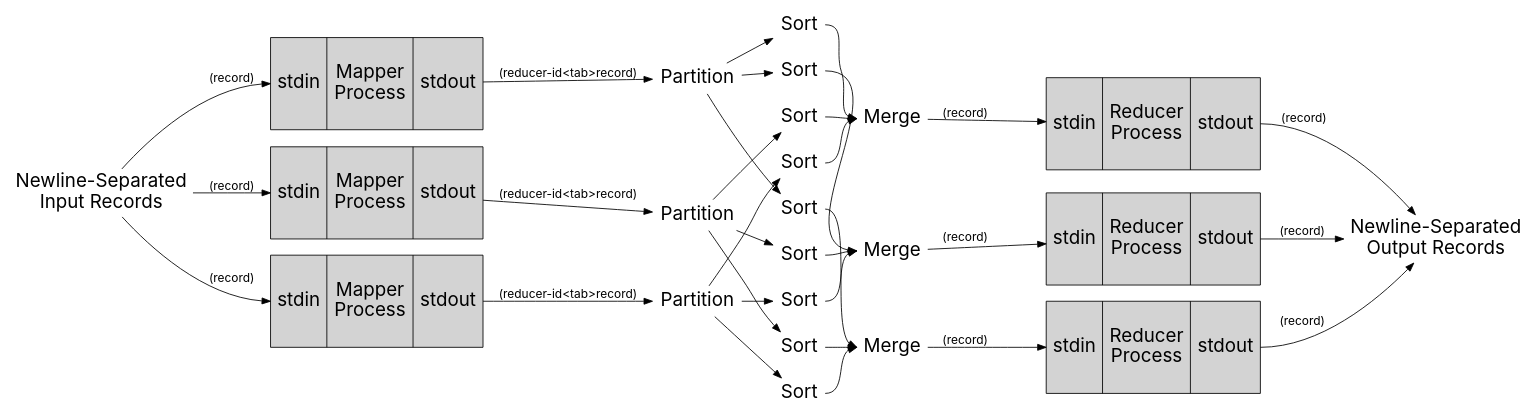
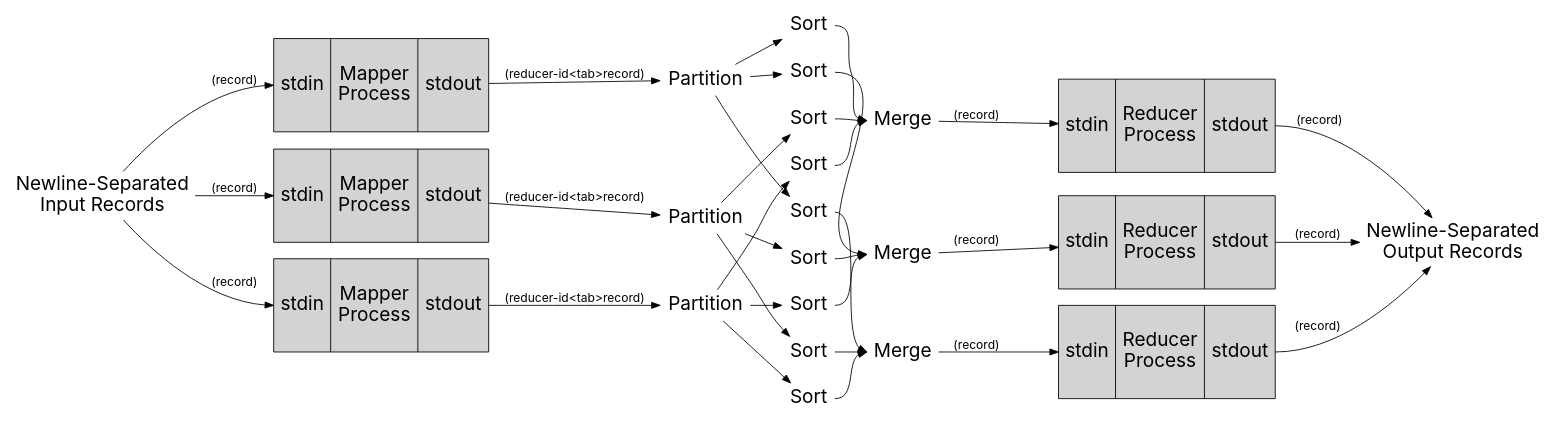
Before and after one commit to erikselin/xert: the diagram in docs/plot.dot, drawn with Graphviz. The commit also changed 1 other file, not shown here.

```diff
--- a/docs/plot.dot
+++ b/docs/plot.dot
@@ -1,67 +1,67 @@
 digraph {
-  graph [ fontname=BlinkMacSystemFont, fontsize=22 ];
+  graph [ margin="0.3,0.3", fontname=BlinkMacSystemFont, fontsize=22 ];
   node [ fontname=BlinkMacSystemFont, fontsize=22 ];
   edge [ fontname=BlinkMacSystemFont, fontsize=14 ];
 
   rankdir=LR;
   input [pos="-4,3!", label="Newline-Separated\nInput Records", shape=plaintext];
 
   map1 [pos="-0.25,0.75!", label="{stdin|\nMapper\nProcess\n\n|stdout}", shape=record, style=filled, fillcolor=lightgray];
   map2 [pos="-0.25,3!", label="{stdin|\nMapper\nProcess\n\n|stdout}", shape=record, style=filled, fillcolor=lightgray];
   map3 [pos="-0.25,5.25!", label="{stdin|\nMapper\nProcess\n\n|stdout}", shape=record, style=filled, fillcolor=lightgray];
 
   partition1 [pos="4.5,0.75!", label="Partition", shape=plaintext];
   partition2 [pos="4.5,3!", label="Partition", shape=plaintext];
   partition3 [pos="4.5,5.25!", label="Partition", shape=plaintext];
 
   sort11 [pos="6,0!", label="Sort", shape=plaintext];
   sort12 [pos="6,0.75!", label="Sort", shape=plaintext];
   sort13 [pos="6,1.5!", label="Sort", shape=plaintext];
   sort21 [pos="6,2.25!", label="Sort", shape=plaintext];
   sort22 [pos="6,3!", label="Sort", shape=plaintext];
   sort23 [pos="6,3.75!", label="Sort", shape=plaintext];
   sort31 [pos="6,4.5!", label="Sort", shape=plaintext];
   sort32 [pos="6,5.25!", label="Sort", shape=plaintext];
   sort33 [pos="6,6!", label="Sort", shape=plaintext];
 
   merge1 [pos="8,0.75!", label="Merge", shape=plaintext];
   merge2 [pos="8,3!", label="Merge", shape=plaintext];
   merge3 [pos="8,5.25!", label="Merge", shape=plaintext];
 
   reduce1 [pos="12.25,0.75!", label="{stdin|\nReducer\nProcess\n\n|stdout}", shape=record, style=filled, fillcolor=lightgray];
   reduce2 [pos="12.25,3!", label="{stdin|\nReducer\nProcess\n\n|stdout}", shape=record, style=filled, fillcolor=lightgray];
   reduce3 [pos="12.25,5.25!", label="{stdin|\nReducer\nProcess\n\n|stdout}", shape=record, style=filled, fillcolor=lightgray];
 
   output [pos="16,3!", label="Newline-Separated\nOutput Records", shape=plaintext];
 
   input -> map1:w [label="(record)"];
   input -> map2:w [label="(record)"];
   input -> map3:w [label="(record)"];
   map1 -> partition1 [label="(reducer-id<tab>record)"];
   map2 -> partition2 [label="(reducer-id<tab>record)"];
   map3 -> partition3 [label="(reducer-id<tab>record)"];
   partition1 -> sort11;
   partition1 -> sort12;
   partition1 -> sort13;
   partition2 -> sort21;
   partition2 -> sort22;
   partition2 -> sort23;
   partition3 -> sort31;
   partition3 -> sort32;
   partition3 -> sort33;
   sort11:e -> merge1:w;
   sort12:e -> merge2:w;
   sort13:e -> merge3:w;
   sort21:e -> merge1:w;
   sort22:e -> merge2:w;
   sort23:e -> merge3:w;
   sort31:e -> merge1:w;
   sort32:e -> merge2:w;
   sort33:e -> merge3:w;
   merge1 -> reduce1 [label="(record)             "];
   merge2 -> reduce2 [label="(record)             "];
   merge3 -> reduce3 [label="(record)             "];
   reduce1:e -> output [label="(record)"];
   reduce2:e -> output [label="  (record)"];
   reduce3:e -> output [label="(record)"];
 }
```
